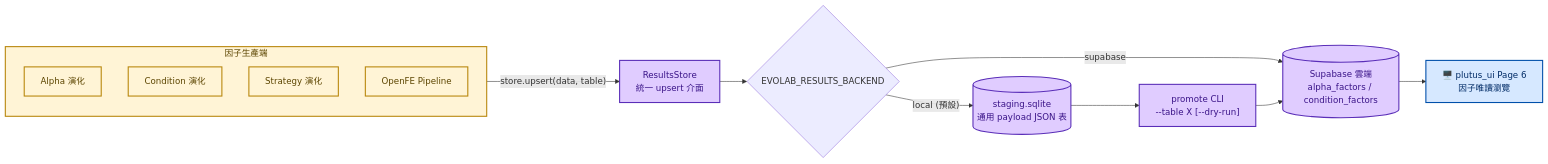
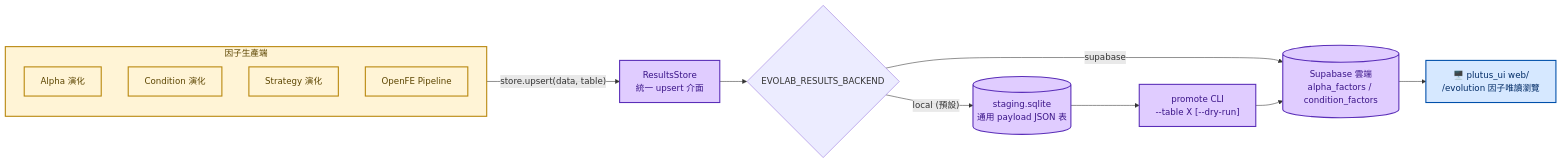
The sixth of 6 diagrams in flowcharts/evolution_lab.md (Jang-jhih/quant-interview-prep), drawn with Mermaid before and after one commit. The commit also changed other lines of this file and 18 other files, not shown here.

````diff
--- a/flowcharts/evolution_lab.md
+++ b/flowcharts/evolution_lab.md
@@ -253,28 +283,28 @@
 ```mermaid
 %%{init: {'theme':'base', 'themeVariables': {'primaryColor':'#ececec','primaryTextColor':'#1a1a1a','primaryBorderColor':'#555555','lineColor':'#555555','secondaryColor':'#e0e0e0','tertiaryColor':'#f0f0f0','fontFamily':'"Noto Sans TC", "Microsoft JhengHei", sans-serif'}}}%%
 flowchart LR
     subgraph PROD["因子生產端"]
         P1["Alpha 演化"]
         P2["Condition 演化"]
         P3["Strategy 演化"]
         P4["OpenFE Pipeline"]
     end
 
     PROD -->|"store.upsert(data, table)"| RS["ResultsStore<br/>統一 upsert 介面"]
 
     RS --> BACKEND{"EVOLAB_RESULTS_BACKEND"}
     BACKEND -- "local (預設)" --> STAGING[("staging.sqlite<br/>通用 payload JSON 表")]
     BACKEND -- "supabase" --> DIRECT[("Supabase 雲端<br/>alpha_factors / condition_factors")]
 
     STAGING --> PROMOTE["promote CLI<br/>--table X [--dry-run]"]
     PROMOTE --> DIRECT
 
-    DIRECT --> UI["🖥️ plutus_ui Page 6<br/>因子唯讀瀏覽"]
+    DIRECT --> UI["🖥️ plutus_ui web/<br/>/evolution 因子唯讀瀏覽"]
 
     classDef baseline fill:#e0ccff,stroke:#5a2eb8,stroke-width:2px,color:#3a1488;
     classDef highlight fill:#fff4d6,stroke:#b8860b,stroke-width:2px,color:#5c4500;
     classDef loop fill:#d6e8ff,stroke:#0050aa,stroke-width:2px,color:#002b66;
     class RS,STAGING,DIRECT,PROMOTE baseline;
     class PROD,P1,P2,P3,P4 highlight;
     class UI loop;
 ```
````
